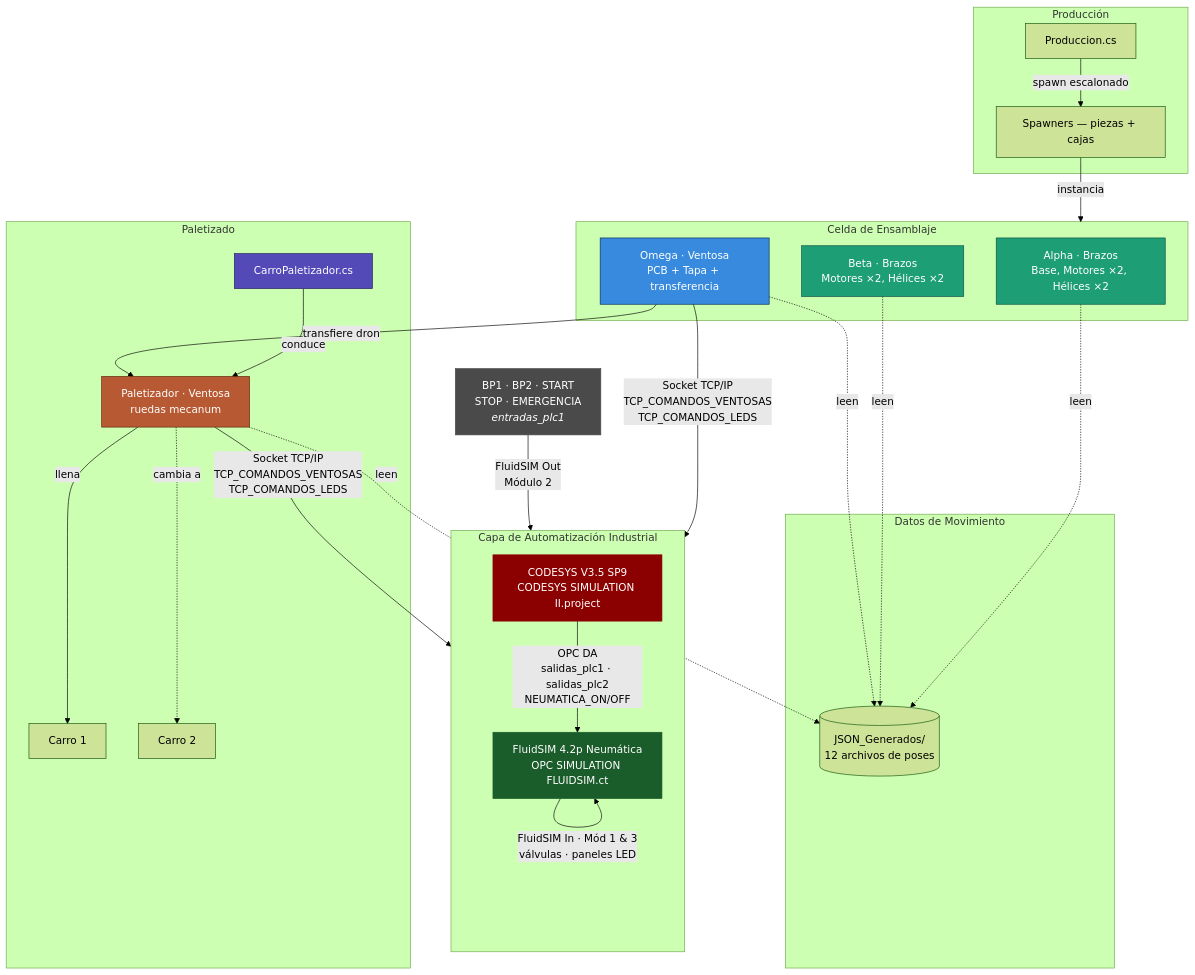
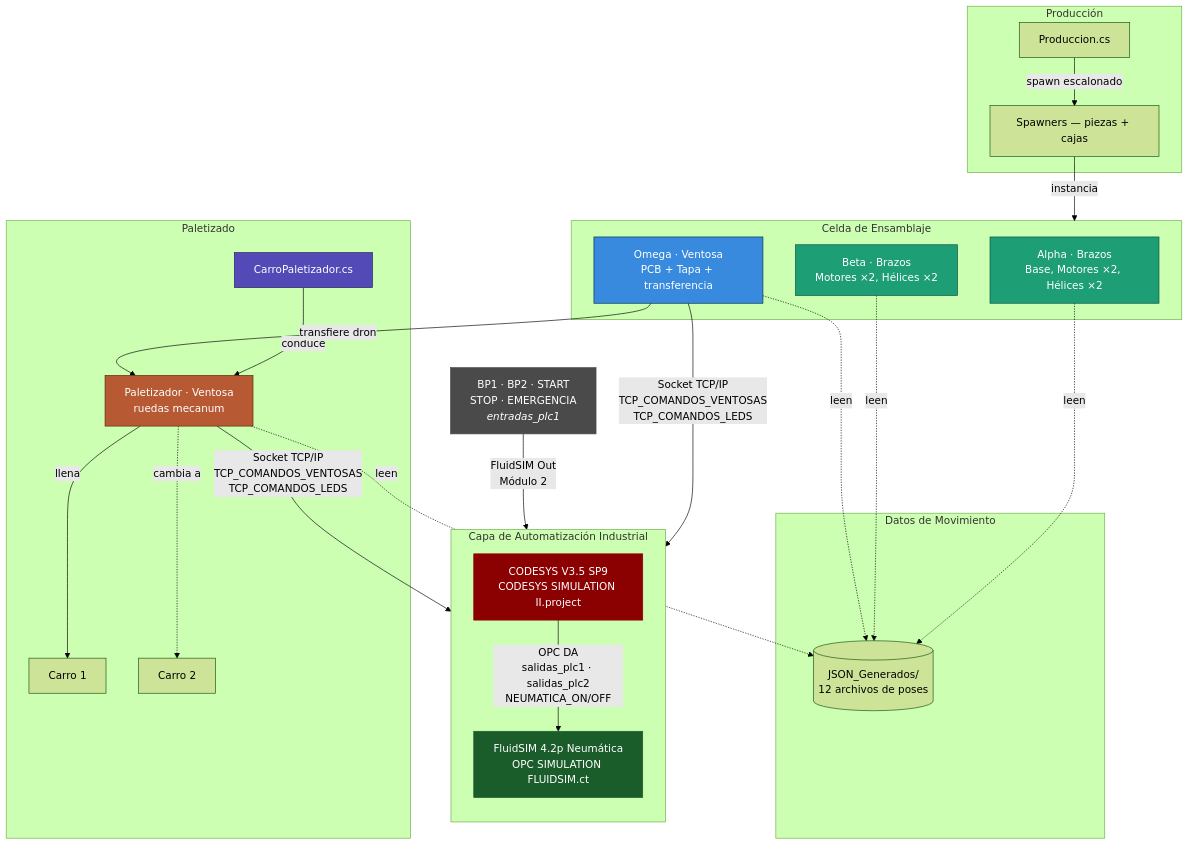
The tenth of 12 diagrams in README.md (jorgefajardom-coder/drone-packaging-simulation-unity), drawn with Mermaid (forest theme) before and after one commit. The commit also changed other lines of this file, not shown here.

First line of the commit message:
docs: rehace diagramas y elimina versión Unity redundante

````diff
--- a/README.md
+++ b/README.md
@@ -1595,47 +1593,46 @@
 ```mermaid
 graph TB
     subgraph EXT["Capa de Automatización Industrial"]
         direction TB
         PLC["CODESYS V3.5 SP9<br/>CODESYS SIMULATION II.project"]
         OPC["FluidSIM 4.2p Neumática<br/>OPC SIMULATION FLUIDSIM.ct"]
         PLC -->|"OPC DA<br/>salidas_plc1 · salidas_plc2<br/>NEUMATICA_ON/OFF"| OPC
     end
 
     subgraph PROD["Producción"]
         P[Produccion.cs] -->|spawn escalonado| SP[Spawners — piezas + cajas]
     end
 
     subgraph JSON["Datos de Movimiento"]
         JF[(JSON_Generados/<br/>12 archivos de poses)]
     end
 
     subgraph ASSEMBLY["Celda de Ensamblaje"]
         B1[Alpha · Brazos<br/>Base, Motores ×2, Hélices ×2]
         B2[Beta · Brazos<br/>Motores ×2, Hélices ×2]
         B3[Omega · Ventosa<br/>PCB + Tapa + transferencia]
     end
 
     subgraph PALLET["Paletizado"]
         CARRO[CarroPaletizador.cs] -->|conduce| B4[Paletizador · Ventosa<br/>ruedas mecanum]
         B4 -->|llena| C1[Carro 1]
         B4 -.->|cambia a| C2[Carro 2]
     end
 
     HW["BP1 · BP2 · START<br/>STOP · EMERGENCIA<br/><i>entradas_plc1</i>"]
 
     SP -->|instancia| ASSEMBLY
     B1 & B2 & B3 & B4 -. leen .-> JF
     B3 -->|transfiere dron| B4
     B3 & B4 -->|"Socket TCP/IP<br/>TCP_COMANDOS_VENTOSAS<br/>TCP_COMANDOS_LEDS"| PLC
     HW -->|"FluidSIM Out<br/>Módulo 2"| PLC
-    OPC -->|"FluidSIM In · Mód 1 & 3<br/>válvulas · paneles LED"| OPC
 
     style B1 fill:#1D9E75,stroke:#085041,color:#fff
     style B2 fill:#1D9E75,stroke:#085041,color:#fff
     style B3 fill:#378ADD,stroke:#042C53,color:#fff
     style B4 fill:#B75A34,stroke:#5C2506,color:#fff
     style CARRO fill:#534AB7,stroke:#26215C,color:#fff
     style PLC fill:#8b0000,color:#fff,stroke:#8b0000
     style OPC fill:#1a5c2a,color:#fff,stroke:#1a5c2a
     style HW fill:#4a4a4a,color:#fff,stroke:#4a4a4a
 ```
````
